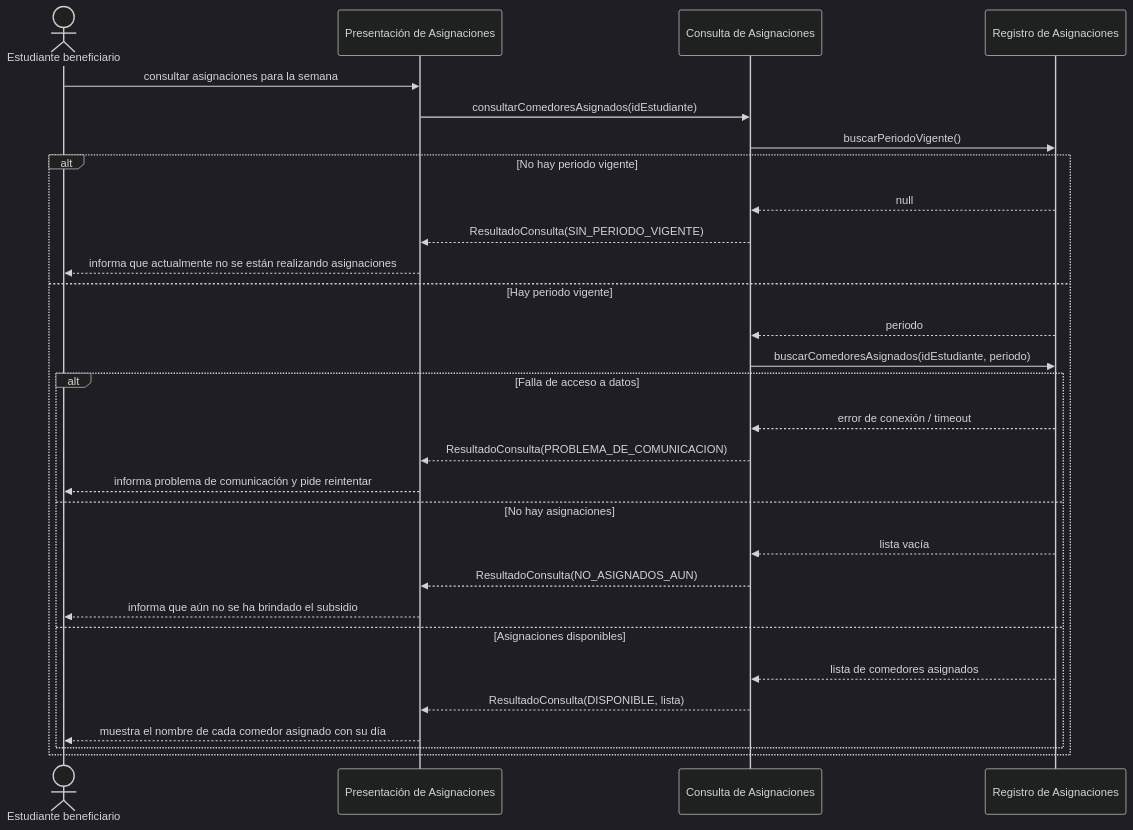
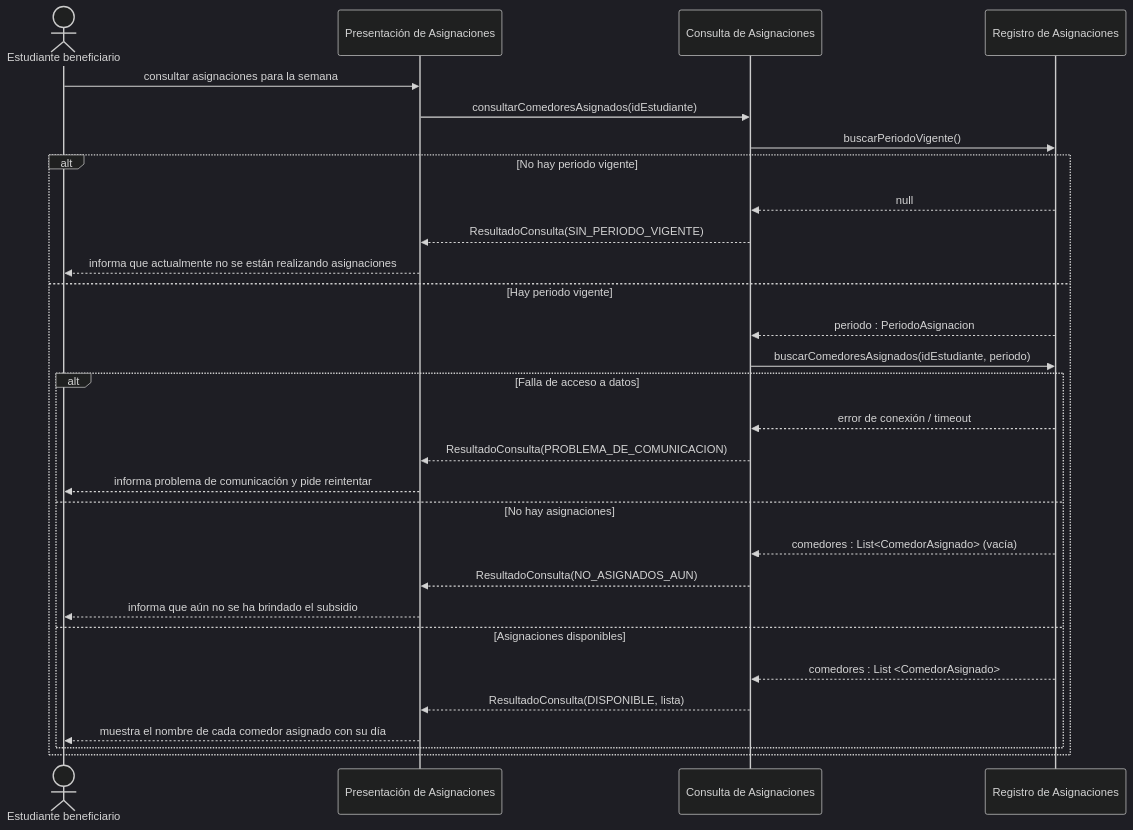
One commit to alfredoquev/Almuerzate.app changed the first of 2 diagrams in docs/requirements/almuerzate_interaction_and_data_design_v1_0_md.md. Above: the diagram before and after it, drawn with Mermaid (dark theme). The commit also changed other lines of this file, not shown here.

````diff
--- a/docs/requirements/almuerzate_interaction_and_data_design_v1_0_md.md
+++ b/docs/requirements/almuerzate_interaction_and_data_design_v1_0_md.md
@@ -17,34 +17,34 @@
 ```mermaid
 sequenceDiagram
     actor Estudiante as Estudiante beneficiario
     participant PA as Presentación de Asignaciones
     participant CA as Consulta de Asignaciones
     participant RA as Registro de Asignaciones
 
     Estudiante->>PA: consultar asignaciones para la semana
     PA->>CA: consultarComedoresAsignados(idEstudiante)
     CA->>RA: buscarPeriodoVigente()
     
     alt No hay periodo vigente
         RA-->>CA: null
         CA-->>PA: ResultadoConsulta(SIN_PERIODO_VIGENTE)
         PA-->>Estudiante: informa que actualmente no se están realizando asignaciones
     else Hay periodo vigente
-        RA-->>CA: periodo
+        RA-->>CA: periodo : PeriodoAsignacion
         CA->>RA: buscarComedoresAsignados(idEstudiante, periodo)
         
         alt Falla de acceso a datos
             RA-->>CA: error de conexión / timeout
             CA-->>PA: ResultadoConsulta(PROBLEMA_DE_COMUNICACION)
             PA-->>Estudiante: informa problema de comunicación y pide reintentar
         else No hay asignaciones
-            RA-->>CA: lista vacía
+            RA-->>CA: comedores : List<ComedorAsignado> (vacía)
             CA-->>PA: ResultadoConsulta(NO_ASIGNADOS_AUN)
             PA-->>Estudiante: informa que aún no se ha brindado el subsidio
         else Asignaciones disponibles
-            RA-->>CA: lista de comedores asignados
+            RA-->>CA: comedores : List <ComedorAsignado>
             CA-->>PA: ResultadoConsulta(DISPONIBLE, lista)
             PA-->>Estudiante: muestra el nombre de cada comedor asignado con su día
         end
     end
 ```
````
